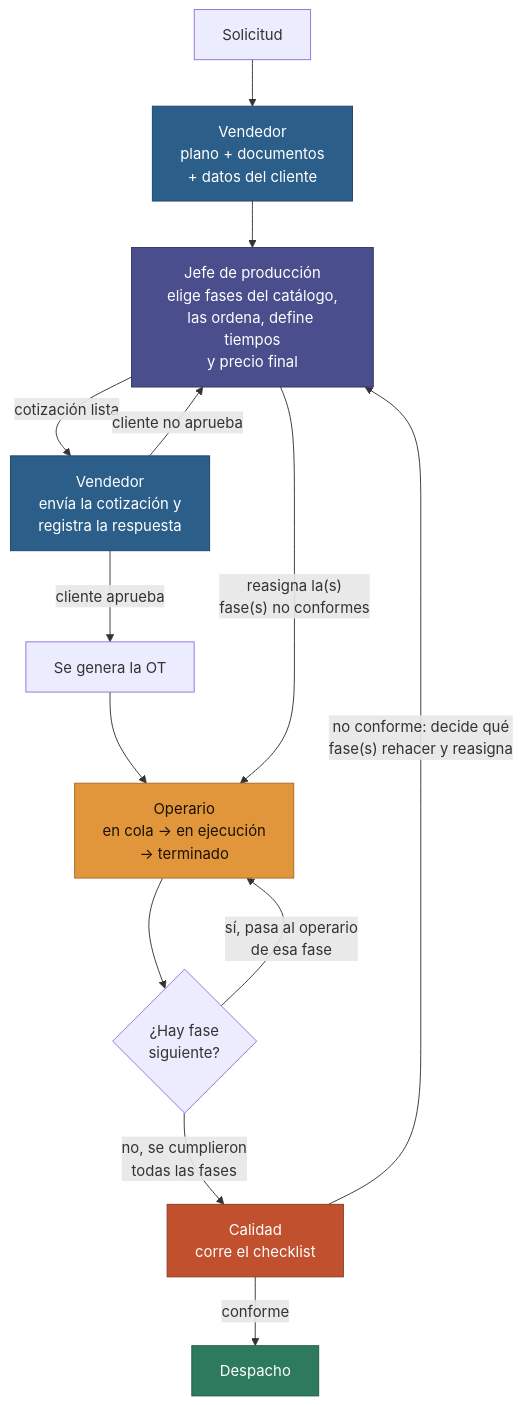
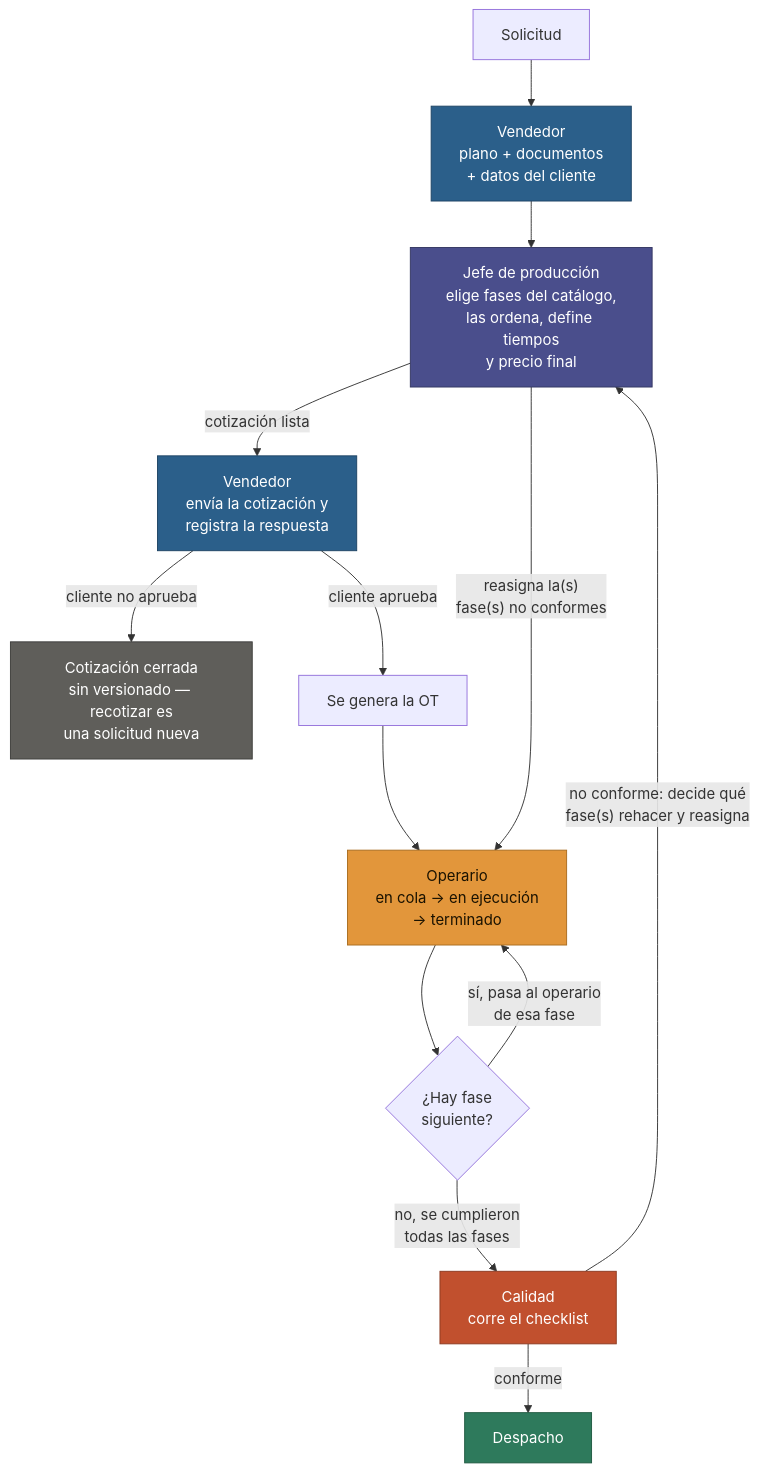
Before and after one commit to No-Country-simulation/S08-26-equipo04: the diagram in docs/funcional/QualityTrack-PRD-v2.md, drawn with Mermaid.

Commit message:
fix(funcional): corregir mermaid del flujo, cliente no aprueba
El diagrama de la seccion 04 hacia volver 'cliente no aprueba' al
Jefe de produccion (flujo v1). La prosa dos parrafos mas abajo, y
DF-3 del backlog, ya decian lo contrario: la cotizacion queda
cerrada sin versionado, se recotiza con una solicitud nueva. El
diagrama fuente nunca se actualizo cuando se escribio esa
correccion.

````diff
--- a/docs/funcional/QualityTrack-PRD-v2.md
+++ b/docs/funcional/QualityTrack-PRD-v2.md
@@ -33,21 +33,22 @@
 ```mermaid
 flowchart TD
     SOL["Solicitud"] --> VEN["Vendedor<br/>plano + documentos<br/>+ datos del cliente"]:::vendedor
     VEN --> JEFE["Jefe de producción<br/>elige fases del catálogo,<br/>las ordena, define tiempos<br/>y precio final"]:::jefe
     JEFE -- "cotización lista" --> VEN2["Vendedor<br/>envía la cotización y<br/>registra la respuesta"]:::vendedor
-    VEN2 -- "cliente no aprueba" --> JEFE
+    VEN2 -- "cliente no aprueba" --> CIERRE["Cotización cerrada<br/>sin versionado — recotizar es<br/>una solicitud nueva"]:::cerrado
     VEN2 -- "cliente aprueba" --> OTN["Se genera la OT"]
     OTN --> OPE
     OPE["Operario<br/>en cola → en ejecución<br/>→ terminado"]:::operario --> SIG{"¿Hay fase<br/>siguiente?"}
     SIG -- "sí, pasa al operario<br/>de esa fase" --> OPE
     SIG -- "no, se cumplieron<br/>todas las fases" --> CAL
     CAL["Calidad<br/>corre el checklist"]:::calidad -- "no conforme: decide qué<br/>fase(s) rehacer y reasigna" --> JEFE
     JEFE -- "reasigna la(s)<br/>fase(s) no conformes" --> OPE
     CAL -- "conforme" --> DESP["Despacho"]:::final
 
     classDef vendedor fill:#2B5F8A,stroke:#1D4363,color:#ffffff
     classDef jefe fill:#4A4E8C,stroke:#333661,color:#ffffff
     classDef operario fill:#E2963B,stroke:#A96C1F,color:#1A1200
     classDef calidad fill:#C1502E,stroke:#8C3A20,color:#ffffff
     classDef final fill:#2E7A5C,stroke:#1F5940,color:#ffffff
+    classDef cerrado fill:#5F5E5A,stroke:#3D3D3B,color:#ffffff
 ```
````
